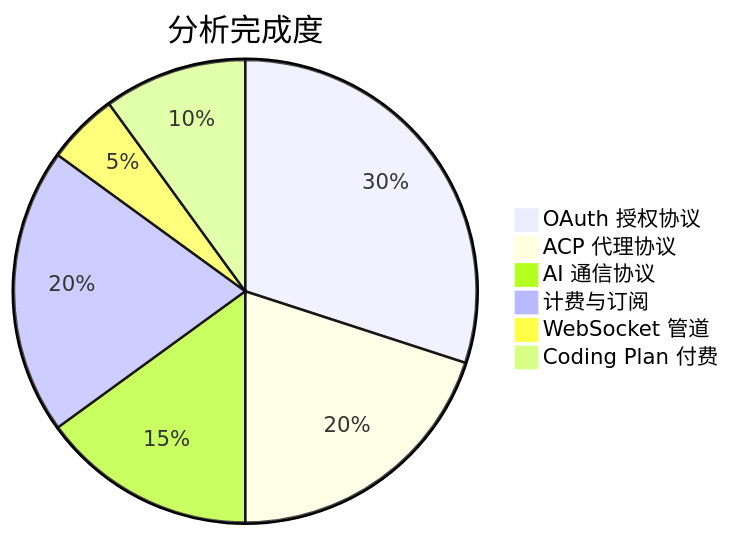
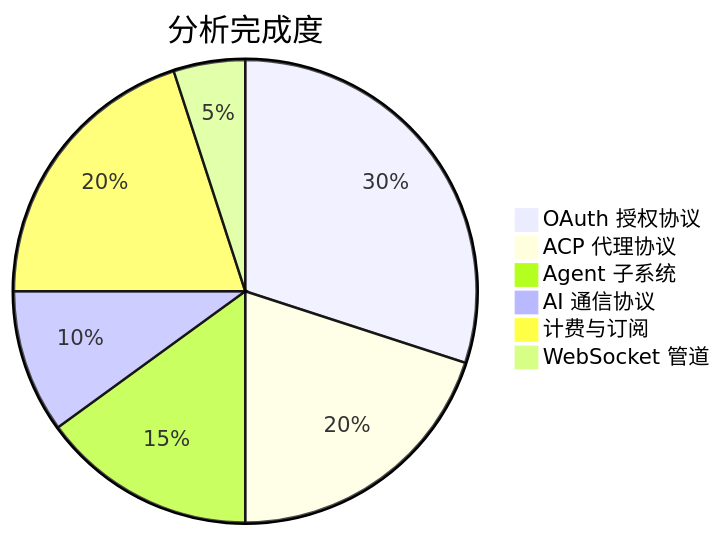
Before and after one commit to vibe-coding-labs/zcode-reverse-engineer: the sixth of 6 diagrams in docs/index.md, drawn with Mermaid. The commit also changed other lines of this file and 3 other files, not shown here.

````diff
--- a/docs/index.md
+++ b/docs/index.md
@@ -133,9 +133,9 @@
 ```mermaid
 pie title 分析完成度
     "OAuth 授权协议" : 30
     "ACP 代理协议" : 20
-    "AI 通信协议" : 15
+    "Agent 子系统" : 15
+    "AI 通信协议" : 10
     "计费与订阅" : 20
     "WebSocket 管道" : 5
-    "Coding Plan 付费" : 10
 ```
````
